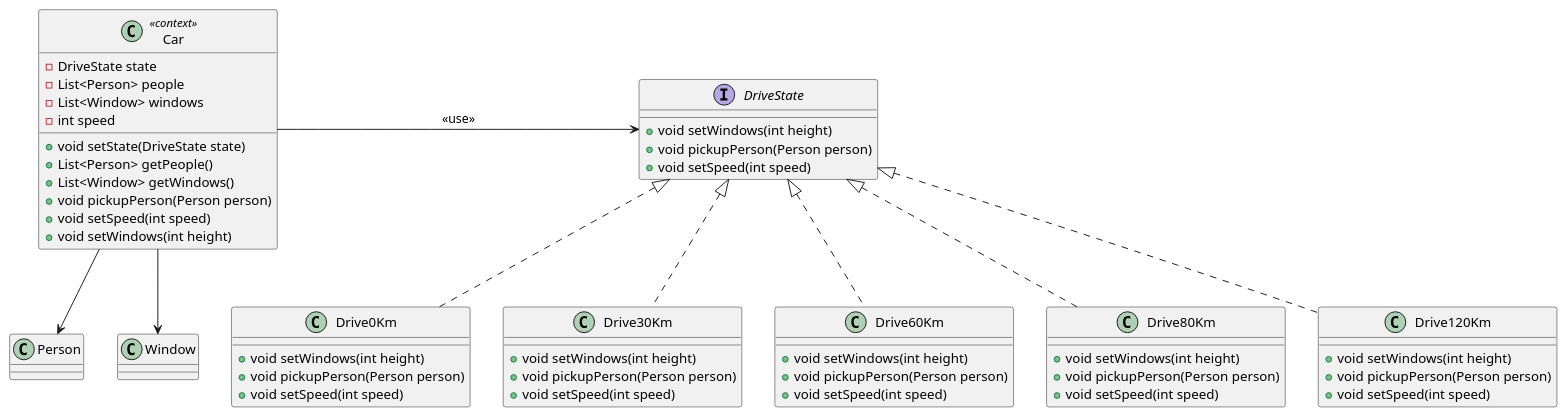
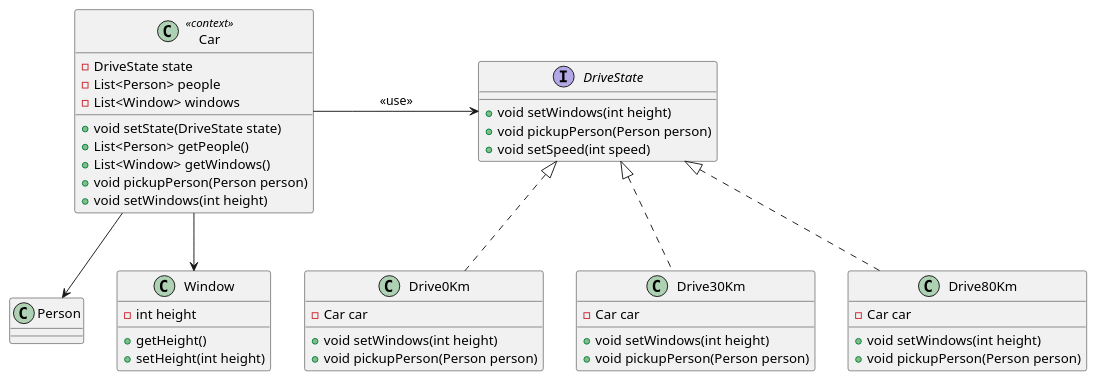
The diagram in src/main/java/state/drivecar/ClassDiagram.puml (aaaicu/design-patterns), drawn with PlantUML before and after one commit. The commit also changed 9 other files, not shown here.

```diff
--- a/src/main/java/state/drivecar/ClassDiagram.puml
+++ b/src/main/java/state/drivecar/ClassDiagram.puml
@@ -1,61 +1,53 @@
 @startuml
 
 class Car <<context>> {
 - DriveState state
 - List<Person> people
 - List<Window> windows
-- int speed
 
 + void setState(DriveState state)
 + List<Person> getPeople()
 + List<Window> getWindows()
 + void pickupPerson(Person person)
-+ void setSpeed(int speed)
 + void setWindows(int height)
 }
 
 interface DriveState {
     + void setWindows(int height)
     + void pickupPerson(Person person)
     + void setSpeed(int speed)
 }
 
 class Drive0Km implements DriveState {
+    - Car car
     + void setWindows(int height)
     + void pickupPerson(Person person)
-    + void setSpeed(int speed)
 }
 
 class Drive30Km implements DriveState {
+    - Car car
     + void setWindows(int height)
     + void pickupPerson(Person person)
-    + void setSpeed(int speed)
-}
-
-class Drive60Km implements DriveState {
-    + void setWindows(int height)
-    + void pickupPerson(Person person)
-    + void setSpeed(int speed)
 }
 
 class Drive80Km implements DriveState {
+    - Car car
     + void setWindows(int height)
     + void pickupPerson(Person person)
-    + void setSpeed(int speed)
 }
 
-class Drive120Km implements DriveState {
-    + void setWindows(int height)
-    + void pickupPerson(Person person)
-    + void setSpeed(int speed)
-}
 
 class Person
 
-class Window
+class Window {
+    - int height
+    + getHeight()
+    + setHeight(int height)
+
+}
 
 Car -> DriveState : "<<use>>"
 Car --> Person
 Car --> Window
 
 @enduml
```
